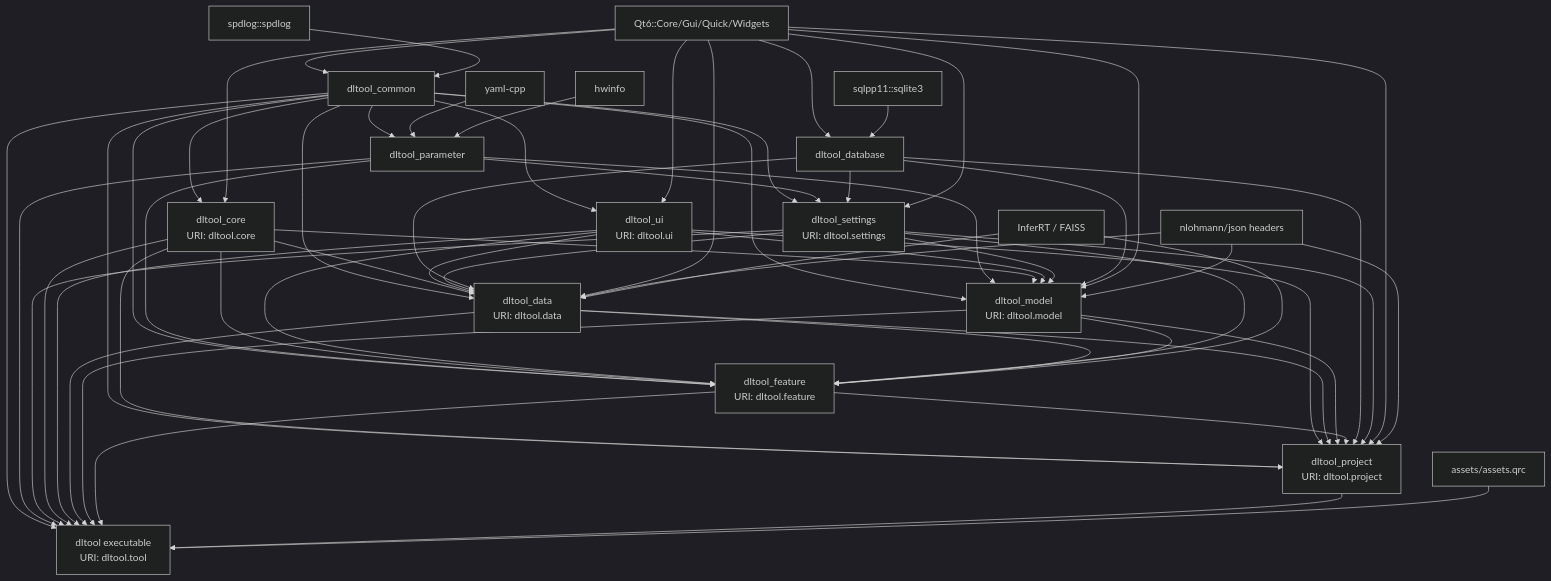
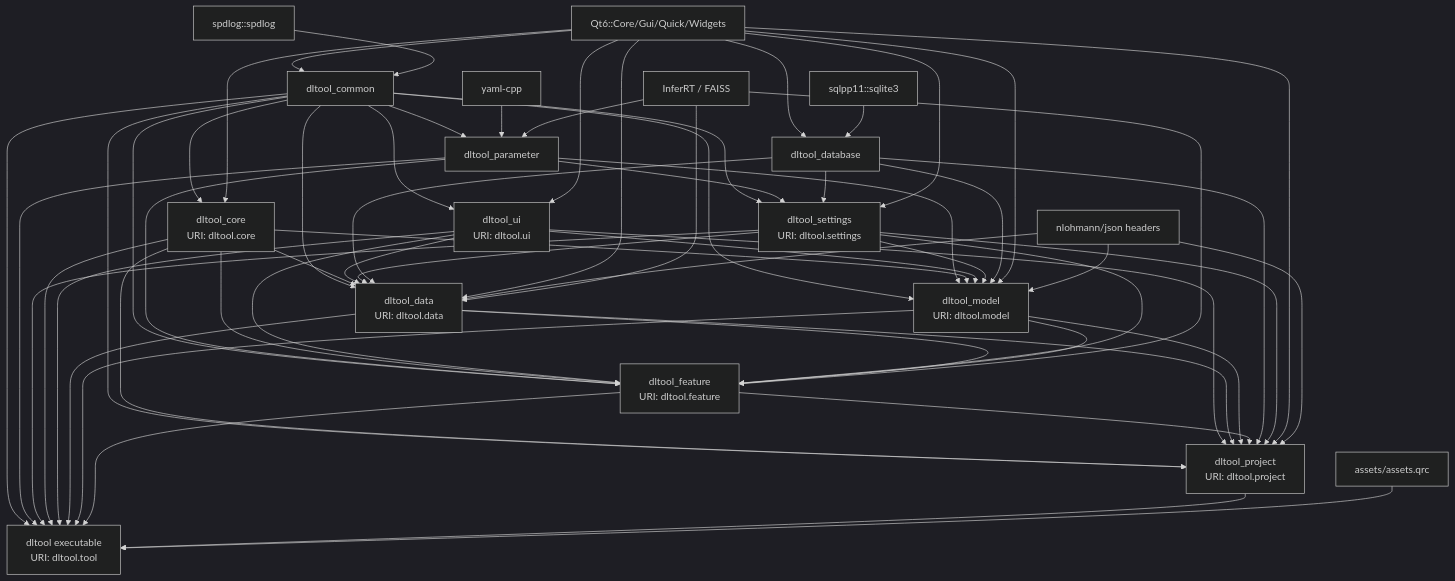
Before and after one commit to QWERDF007/DeepLearningTool: the first of 2 diagrams in docs/ARCHITECTURE.md, drawn with Mermaid (dark theme). The commit also changed 11 other files, not shown here.

```diff
--- a/docs/ARCHITECTURE.md
+++ b/docs/ARCHITECTURE.md
@@ -32,7 +32,6 @@
   qt["Qt6::Core/Gui/Quick/Widgets"]
   spdlog["spdlog::spdlog"]
   yaml["yaml-cpp"]
-  hwinfo["hwinfo"]
   sqlpp["sqlpp11::sqlite3"]
   nlohmann["nlohmann/json headers"]
   inferrt["InferRT / FAISS"]
@@ -58,7 +57,7 @@
 
   common --> parameter
   yaml --> parameter
-  hwinfo --> parameter
+  inferrt --> parameter
 
   qt --> database
   sqlpp --> database
```
